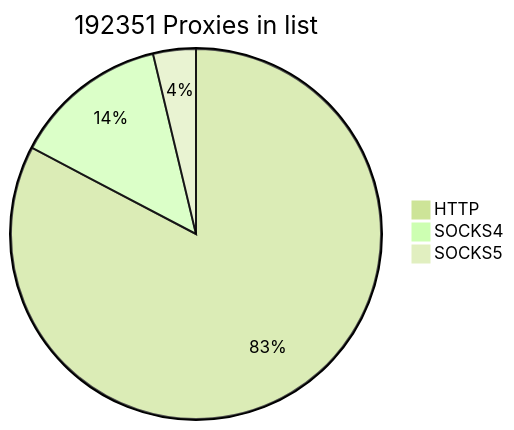
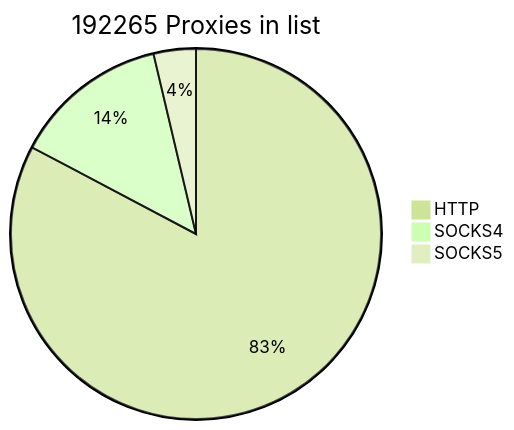
Before and after one commit to cutipu/proxylist: the first of 2 diagrams in README.md, drawn with Mermaid (forest theme). The commit also changed other lines of this file, not shown here.

````diff
--- a/README.md
+++ b/README.md
@@ -2,7 +2,7 @@
 ```mermaid
-pie title 192351 Proxies in list
+pie title 192265 Proxies in list
     "HTTP" : 159074
     "SOCKS4" : 26100
-    "SOCKS5" : 7177
+    "SOCKS5" : 7091
             
 ```
````
